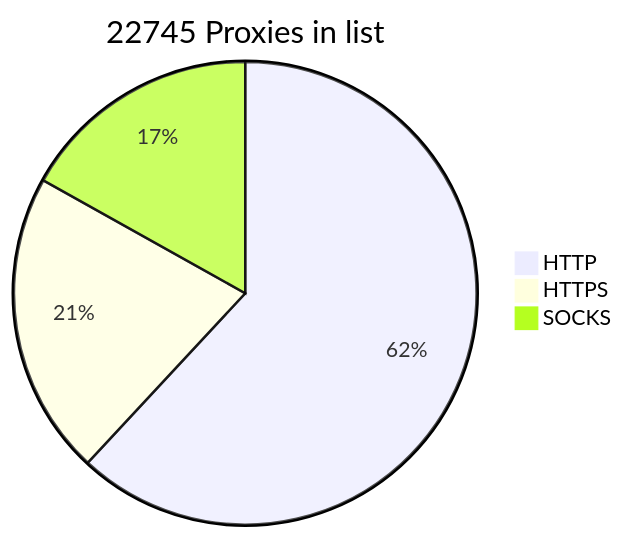
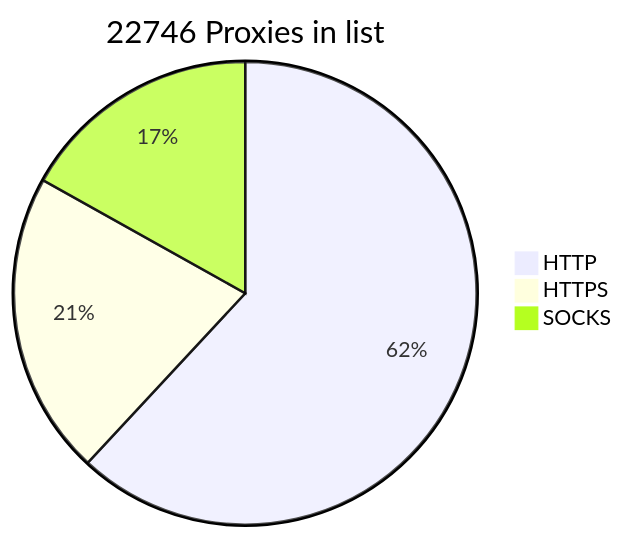
One commit to BlackSnowDot/proxylist-update-every-minute changed the diagram in README.md. Above: the diagram before and after it, drawn with Mermaid.

````diff
--- a/README.md
+++ b/README.md
@@ -2,6 +2,6 @@
 ```mermaid
-pie title 22745 Proxies in list
+pie title 22746 Proxies in list
     "HTTP" : 16154
-    "HTTPS": 5531
+    "HTTPS": 5532
     "SOCKS" : 4406
 ```
````
